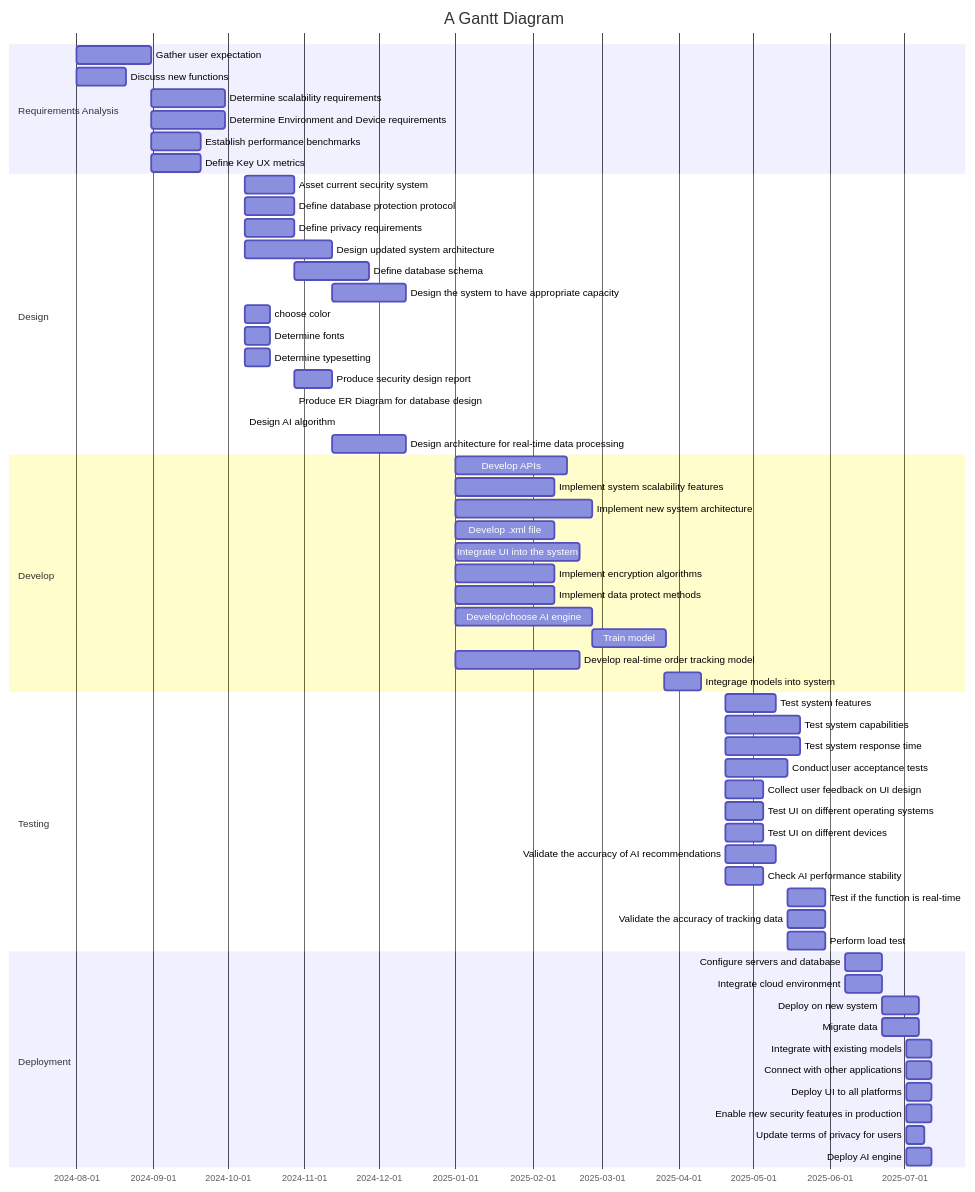
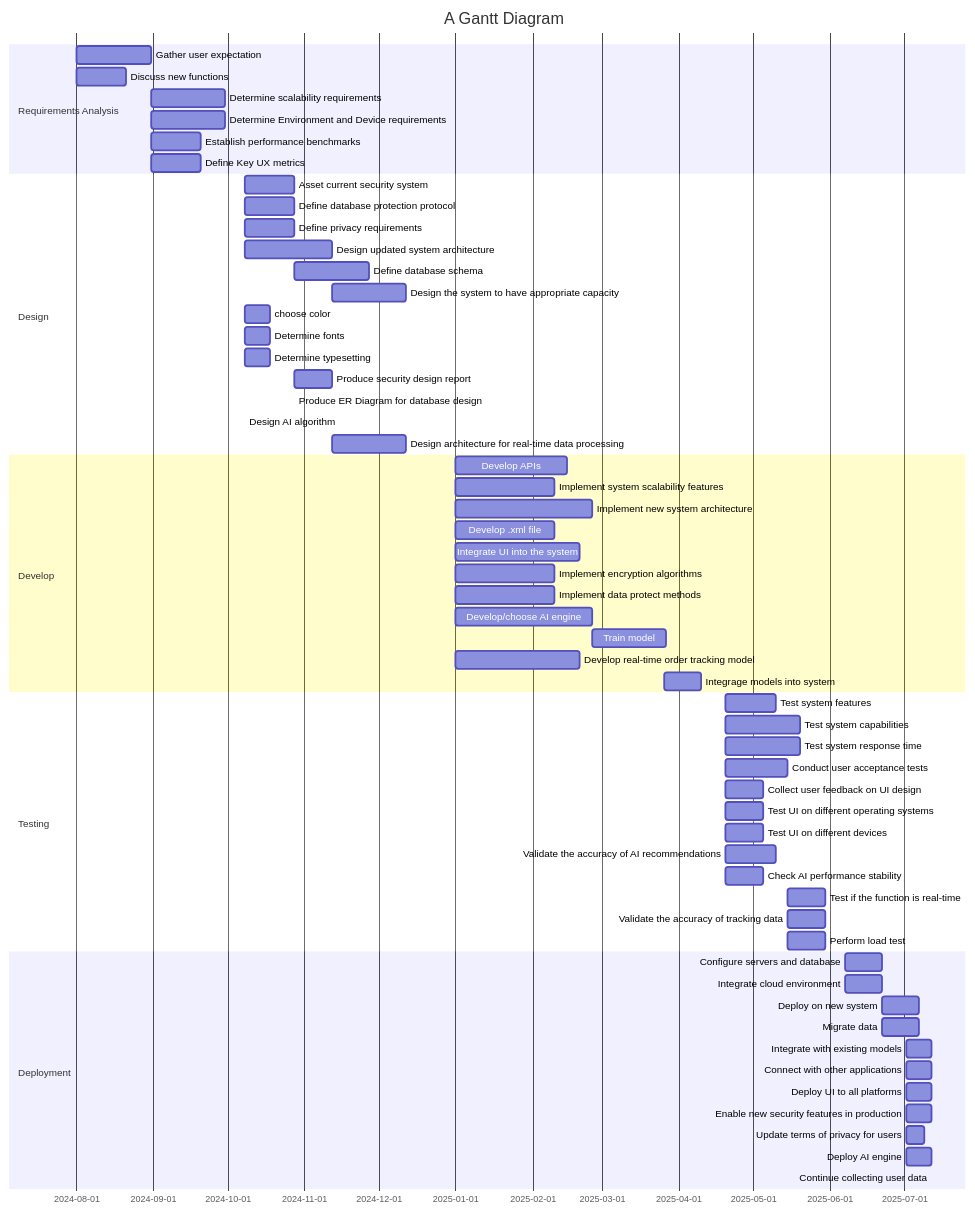
Before and after one commit to sayshelley/iodraw-files: the diagram in all/Untitled-4.md, drawn with Mermaid.

Commit message:
2024-10-11 18:40:09 update

````diff
--- a/all/Untitled-4.md
+++ b/all/Untitled-4.md
@@ -1,71 +1,71 @@
 ```mermaid
 gantt
     title A Gantt Diagram
     dateFormat  YYYY-MM-DD
     section Requirements Analysis
         Gather user expectation: a4, 2024-08-01, 30d
         Discuss new functions: a6, 2024-08-01, 20d
         Determine scalability requirements: a1, after a4, 30d
         Determine Environment and Device requirements: a2, after a4, 30d
         Establish performance benchmarks: a3, after a4, 20d
         Define Key UX metrics: a5, after a4, 20d
         
     section Design
         Asset current security system: b1, 2024-10-08, 20d
         Define database protection protocol: b2, 2024-10-08, 20d
         Define privacy requirements: b3, 2024-10-08, 20d
         Design updated system architecture: b4, 2024-10-08, 35d
         Define database schema: b5, after b2, 30d
         Design the system to have appropriate capacity: b6, after b4, 30d
         choose color: b7, 2024-10-08, 10d
         Determine fonts: b8, 2024-10-08, 10d
         Determine typesetting: b9, 2024-10-08, 10d
         Produce security design report: b10, 2024-10-28 ,15d
         Produce ER Diagram for database design: b11, 2024-10-28, 15
         Design AI algorithm: b12, 2024-10-08, 35
         Design architecture for real-time data processing: b13, 2024-11-12,30d
     section Develop
         Develop APIs: c1, 2025-01-01, 45d
         Implement system scalability features: c2, 2025-01-01, 40d
         Implement new system architecture: c3, 2025-01-01, 55d
         Develop .xml file: c4, 2025-01-01, 40d
         Integrate UI into the system: c5, 2025-01-01, 50d
         Implement encryption algorithms:c6, 2025-01-01, 40d
         Implement data protect methods: c7, 2025-01-01, 40d
         Develop/choose AI engine: c8, 2025-01-01, 55d
         Train model: c9, 2025-02-25, 30d
         Develop real-time order tracking model: c10, 2025-01-01, 50d
         Integrage models into system: c11, 2025-03-26, 15d
     section Testing
         Test system features: d1, 2025-04-20, 20d
         Test system capabilities: d2, 2025-04-20, 30d
         Test system response time: d3, 2025-04-20, 30d
         Conduct user acceptance tests: d4, 2025-04-20, 25d
         Collect user feedback on UI design: d5, 2025-04-20, 15d
         Test UI on different operating systems: d6, 2025-04-20, 15d
         Test UI on different devices: d7, 2025-04-20, 15d
         Validate the accuracy of AI recommendations: d8, 2025-04-20, 20d
         Check AI performance stability: d9, 2025-04-20, 15d
         Test if the function is real-time: d10, 2025-05-15, 15d
         Validate the accuracy of tracking data: d11, 2025-05-15, 15d
         Perform load test: d12, 2025-05-15, 15d
     section Deployment
         Configure servers and database: e1, 2025-06-07, 15d
         Integrate cloud environment: e2, 2025-06-07, 15d
         Deploy on new system: e3, 2025-06-22, 15d
         Migrate data: e4, 2025-06-22, 15d
         Integrate with existing models: e5, 2025-07-02, 10d
         Connect with other applications: e6, 2025-07-02,10d
         Deploy UI to all platforms: e7, 2025-07-02, 10d
         Enable new security features in production: e8, 2025-07-02, 10d
         Update terms of privacy for users: e9, 2025-07-02, 7d
         Deploy AI engine: e10, 2025-07-02,10d
-        
+        Continue collecting user data: e11
     
         
 
     
 
 
    
 ```
````
